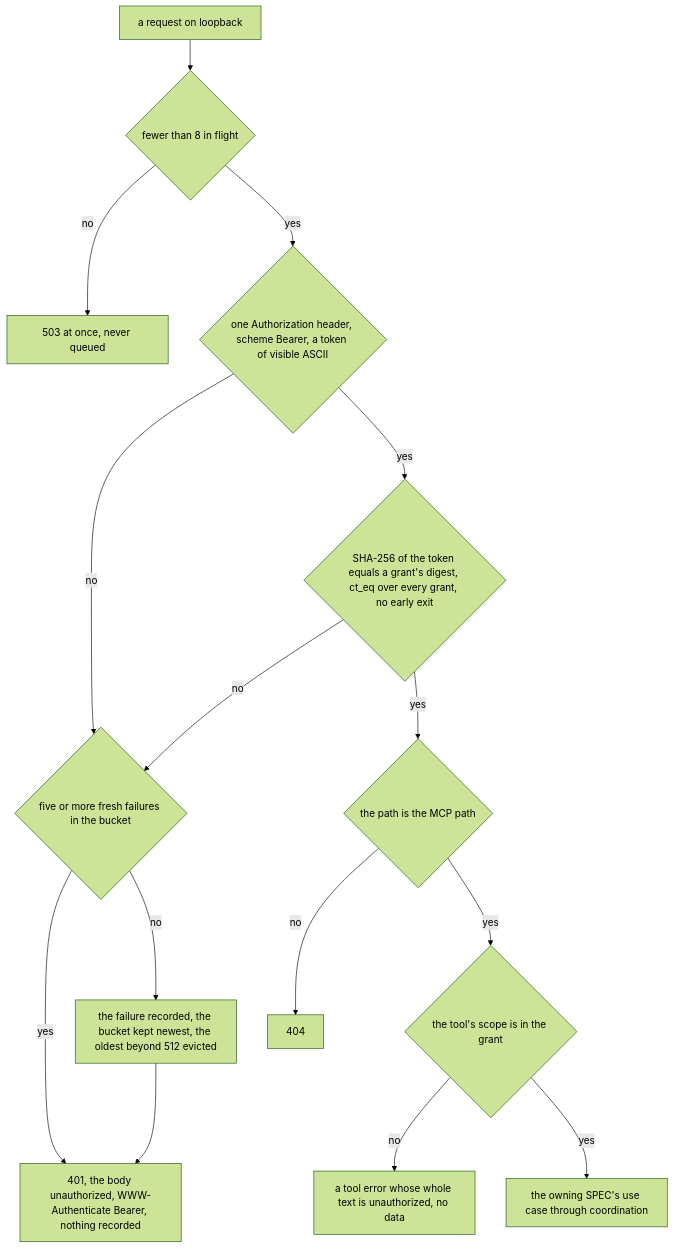
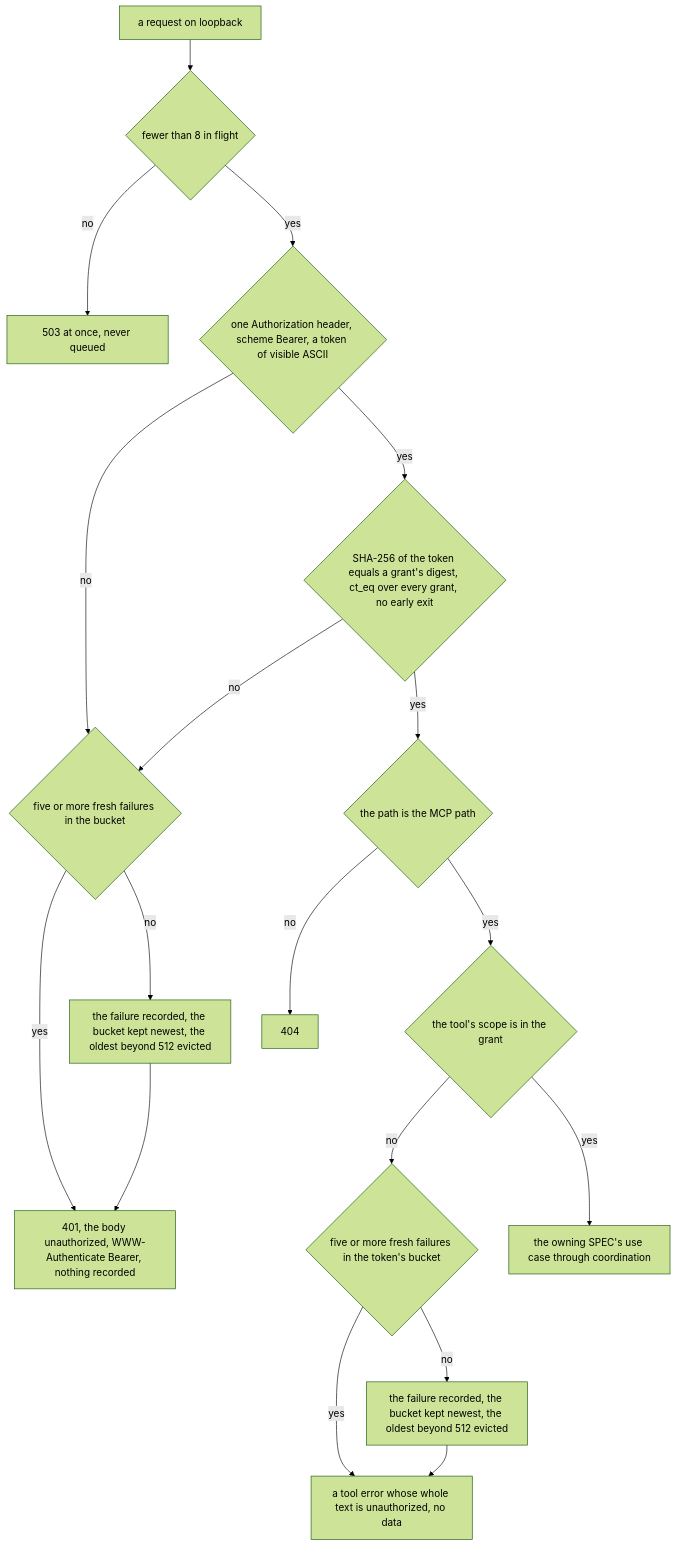
One commit to RexRenatus/deck-streak changed the second of 2 diagrams in docs/schematics/mcp-guard-refusals.md. Above: the diagram before and after it, drawn with Mermaid (forest theme). The commit also changed other lines of this file and 3 other files, not shown here.

````diff
--- a/docs/schematics/mcp-guard-refusals.md
+++ b/docs/schematics/mcp-guard-refusals.md
@@ -28,17 +28,20 @@
 ```mermaid
 flowchart TD
   req["a request on loopback"] --> shed{"fewer than 8 in flight"}
   shed -->|no| s503["503 at once, never queued"]
   shed -->|yes| parse{"one Authorization header, scheme Bearer, a token of visible ASCII"}
   parse -->|no| limit
   parse -->|yes| match{"SHA-256 of the token equals a grant's digest, ct_eq over every grant, no early exit"}
   match -->|no| limit{"five or more fresh failures in the bucket"}
   limit -->|yes| r401["401, the body unauthorized, WWW-Authenticate Bearer, nothing recorded"]
   limit -->|no| rec["the failure recorded, the bucket kept newest, the oldest beyond 512 evicted"]
   rec --> r401
   match -->|yes| path{"the path is the MCP path"}
   path -->|no| r404["404"]
   path -->|yes| tool{"the tool's scope is in the grant"}
-  tool -->|no| terr["a tool error whose whole text is unauthorized, no data"]
+  tool -->|no| slimit{"five or more fresh failures in the token's bucket"}
+  slimit -->|yes| terr["a tool error whose whole text is unauthorized, no data"]
+  slimit -->|no| srec["the failure recorded, the bucket kept newest, the oldest beyond 512 evicted"]
+  srec --> terr
   tool -->|yes| uc["the owning SPEC's use case through coordination"]
 ```
````
